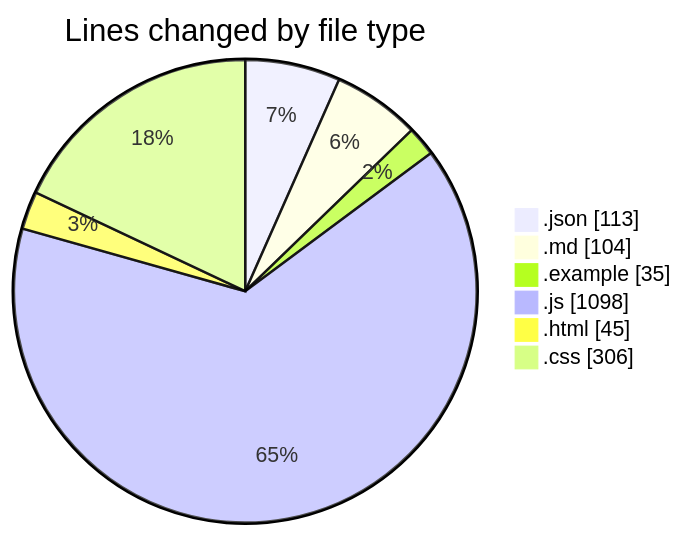
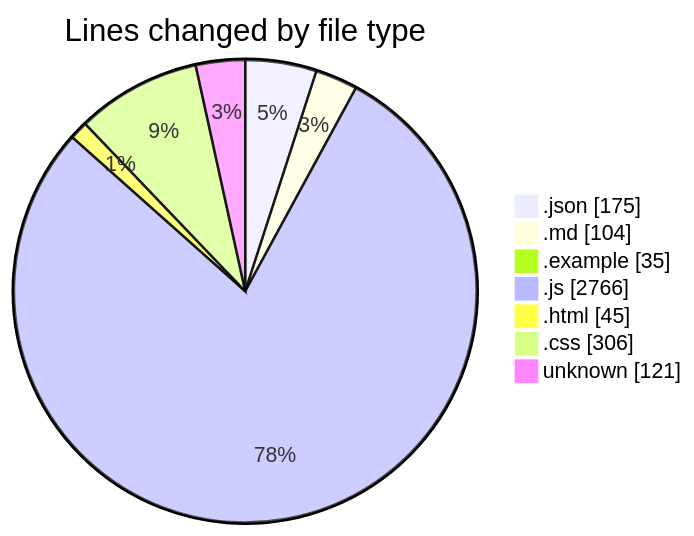
The first of 2 diagrams in 2025-08-05/napxuvn/README.md (lephambinh05/code-tracking), drawn with Mermaid before and after one commit. The commit also changed other lines of this file and 1 other file, not shown here.

````diff
--- a/2025-08-05/napxuvn/README.md
+++ b/2025-08-05/napxuvn/README.md
@@ -33,10 +42,11 @@
 ```mermaid
 pie showData
 title Lines changed by file type
-".json" : 113
+".json" : 175
 ".md" : 104
 ".example" : 35
-".js" : 1098
+".js" : 2766
 ".html" : 45
 ".css" : 306
+"unknown" : 121
 ```
````
